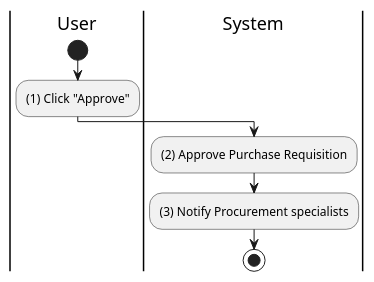
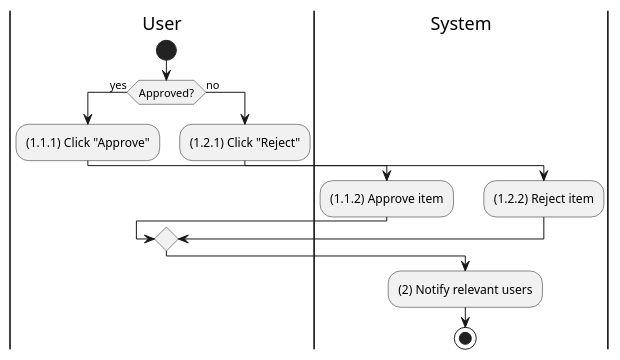
The diagram in activities/purchase-requisition-approve.plantuml (phihungha/scmss-reqs), drawn with PlantUML before and after one commit. The commit also changed 19 other files, not shown here.

Commit message:
Improve production and purchase requisition activities

```diff
--- a/activities/purchase-requisition-approve.plantuml
+++ b/activities/purchase-requisition-approve.plantuml
@@ -1,13 +1,21 @@
 @startuml purchase-requisition-approve
 |u|User
 |s|System
 
 |u|
 start
-:(1) Click "Approve";
 
-|s|
-:(2) Approve Purchase Requisition;
-:(3) Notify Procurement specialists;
+if (Approved?) then (yes)
+    :(1.1.1) Click "Approve";
+    |s|
+    :(1.1.2) Approve item;
+else (no)
+    |u|
+    :(1.2.1) Click "Reject";
+    |s|
+    :(1.2.2) Reject item;
+endif
+
+:(2) Notify relevant users;
 stop
 @enduml
```
